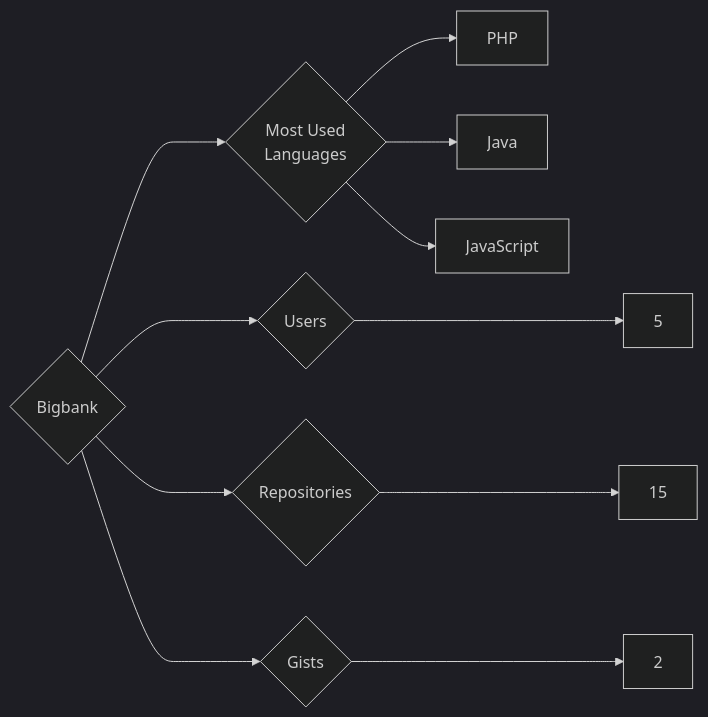
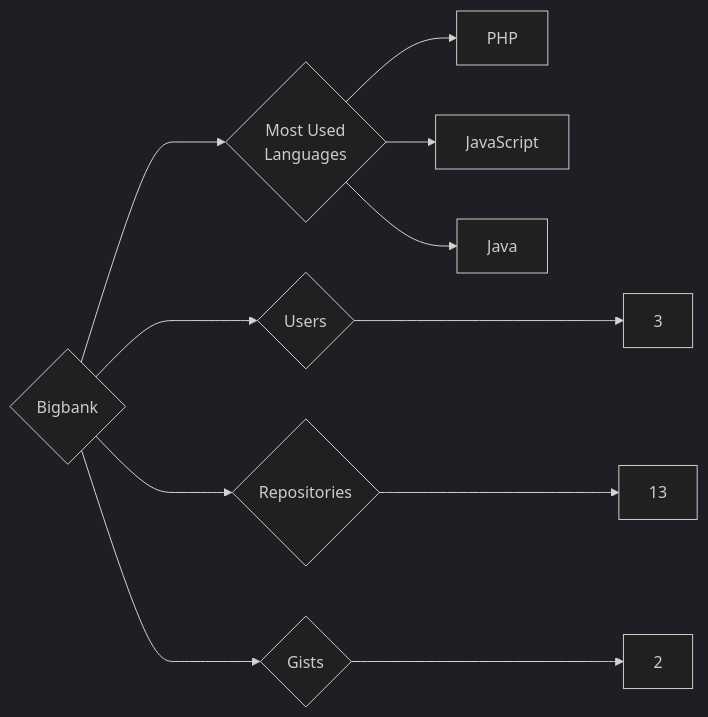
Before and after one commit to trickest/insiders: the diagram in targets/Bigbank/README.md, drawn with Mermaid (dark theme). The commit also changed 776 other files, not shown here.

````diff
--- a/targets/Bigbank/README.md
+++ b/targets/Bigbank/README.md
@@ -3,11 +3,11 @@
 ```mermaid
 graph LR
 COMPANY_NAME{Bigbank}
-COMPANY_NAME ---> U{Users} ---> UN[5]
-COMPANY_NAME ---> R{Repositories} ---> RN[15]
+COMPANY_NAME ---> U{Users} ---> UN[3]
+COMPANY_NAME ---> R{Repositories} ---> RN[13]
 COMPANY_NAME ---> G{Gists} ---> GN[2]
 COMPANY_NAME ---> ML{Most Used<br>Languages}
 ML --> PHP[PHP]
+ML --> JavaScript[JavaScript]
 ML --> Java[Java]
-ML --> JavaScript[JavaScript]
 ```
````
